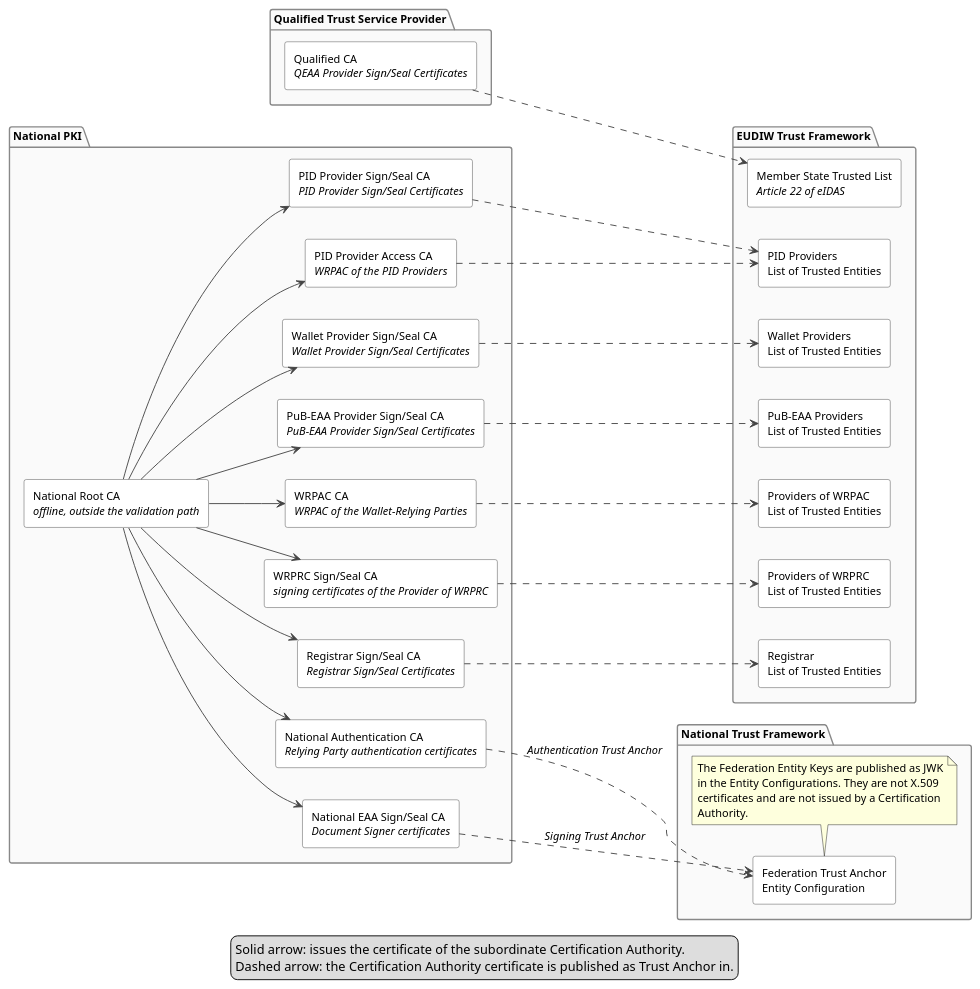
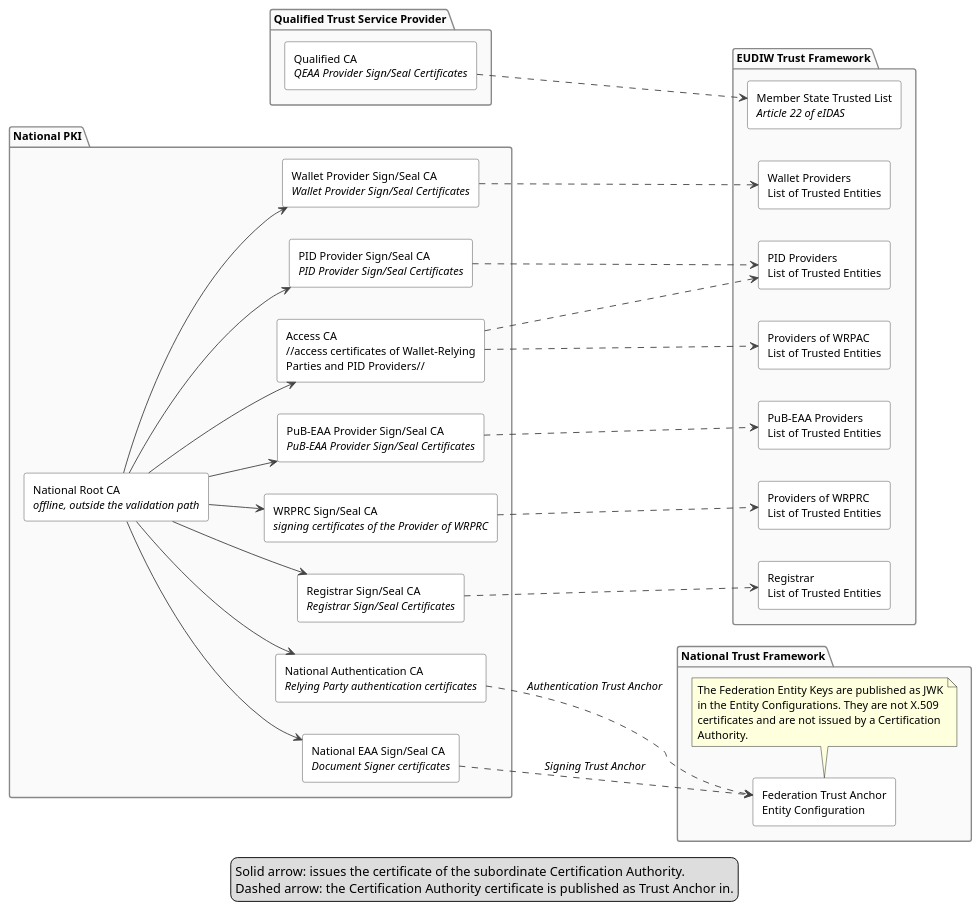
One commit to italia/eid-wallet-it-docs changed the diagram in docs/en/plantuml/pki-architecture.puml. Above: the diagram before and after it, drawn with PlantUML. The commit also changed 1 other file, not shown here.

Commit message:
fix: updated pki architecture --> Access Certificate CA for both WRP and PID Provider

```diff
--- a/docs/en/plantuml/pki-architecture.puml
+++ b/docs/en/plantuml/pki-architecture.puml
@@ -1,92 +1,90 @@
 @startuml IT-Wallet - PKI Architecture
 ' Certification hierarchies and publication channel of the derived Trust Anchors.
 
 skinparam shadowing false
 skinparam defaultFontName Helvetica
 skinparam defaultFontSize 12
 skinparam ArrowColor #444444
 skinparam rectangle {
   BackgroundColor White
   BorderColor #444444
 }
 skinparam package {
   BackgroundColor #FAFAFA
   BorderColor #888888
   FontStyle bold
 }
 
 left to right direction
 
 package "National PKI" as NAT {
 
   rectangle "National Root CA\n//offline, outside the validation path//" as ROOT
 
   rectangle "PID Provider Sign/Seal CA\n//PID Provider Sign/Seal Certificates//" as CA_PIDS
-  rectangle "PID Provider Access CA\n//WRPAC of the PID Providers//" as CA_PIDA
   rectangle "Wallet Provider Sign/Seal CA\n//Wallet Provider Sign/Seal Certificates//" as CA_WP
   rectangle "PuB-EAA Provider Sign/Seal CA\n//PuB-EAA Provider Sign/Seal Certificates//" as CA_PUB
-  rectangle "WRPAC CA\n//WRPAC of the Wallet-Relying Parties//" as CA_WRPAC
+  rectangle "Access CA\n//access certificates of Wallet-Relying\nParties and PID Providers//" as CA_WRPAC
   rectangle "National Authentication CA\n//Relying Party authentication certificates//" as CA_AUTH
   rectangle "WRPRC Sign/Seal CA\n//signing certificates of the Provider of WRPRC//" as CA_WRPRC
   rectangle "Registrar Sign/Seal CA\n//Registrar Sign/Seal Certificates//" as CA_REG
   rectangle "National EAA Sign/Seal CA\n//Document Signer certificates//" as CA_EAA
 }
 
 package "Qualified Trust Service Provider" as QTSP {
   rectangle "Qualified CA\n//QEAA Provider Sign/Seal Certificates//" as CA_Q
 }
 
 package "EUDIW Trust Framework" as PUBEU {
   rectangle "PID Providers\nList of Trusted Entities" as L_PID
   rectangle "Wallet Providers\nList of Trusted Entities" as L_WP
   rectangle "PuB-EAA Providers\nList of Trusted Entities" as L_PUB
   rectangle "Providers of WRPAC\nList of Trusted Entities" as L_WRPAC
   rectangle "Providers of WRPRC\nList of Trusted Entities" as L_WRPRC
   rectangle "Registrar\nList of Trusted Entities" as L_REG
   rectangle "Member State Trusted List\n//Article 22 of eIDAS//" as L_TL
 }
 
 package "National Trust Framework" as PUBNAT {
   rectangle "Federation Trust Anchor\nEntity Configuration" as L_FED
   note bottom
     The Federation Entity Keys are published as JWK
     in the Entity Configurations. They are not X.509
     certificates and are not issued by a Certification
     Authority.
   end note  
 }
 
 ROOT --> CA_PIDS
-ROOT --> CA_PIDA
 ROOT --> CA_WP
 ROOT --> CA_PUB
 ROOT --> CA_WRPAC
 ROOT --> CA_AUTH
 ROOT --> CA_WRPRC
 ROOT --> CA_REG
 ROOT --> CA_EAA
 
 CA_PIDS ..> L_PID
-CA_PIDA ..> L_PID
 CA_WP ..> L_WP
 CA_PUB ..> L_PUB
 CA_WRPAC ..> L_WRPAC
+CA_WRPAC ..> L_PID
 CA_WRPRC ..> L_WRPRC
 CA_REG ..> L_REG
 CA_Q ..> L_TL
 CA_AUTH ..> L_FED : //Authentication Trust Anchor//
 CA_EAA ..> L_FED : //Signing Trust Anchor//
 
 ' note bottom of PUBNAT
 '   The Federation Entity Keys are published as JWK
 '   in the Entity Configurations. They are not X.509
 '   certificates and are not issued by a Certification
 '   Authority.
 ' end note
 
 legend bottom
   Solid arrow: issues the certificate of the subordinate Certification Authority.
   Dashed arrow: the Certification Authority certificate is published as Trust Anchor in.
 endlegend
 
 @enduml
```
